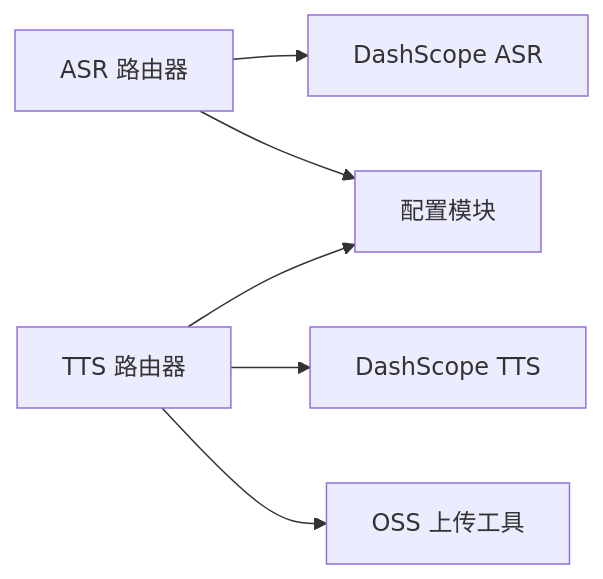
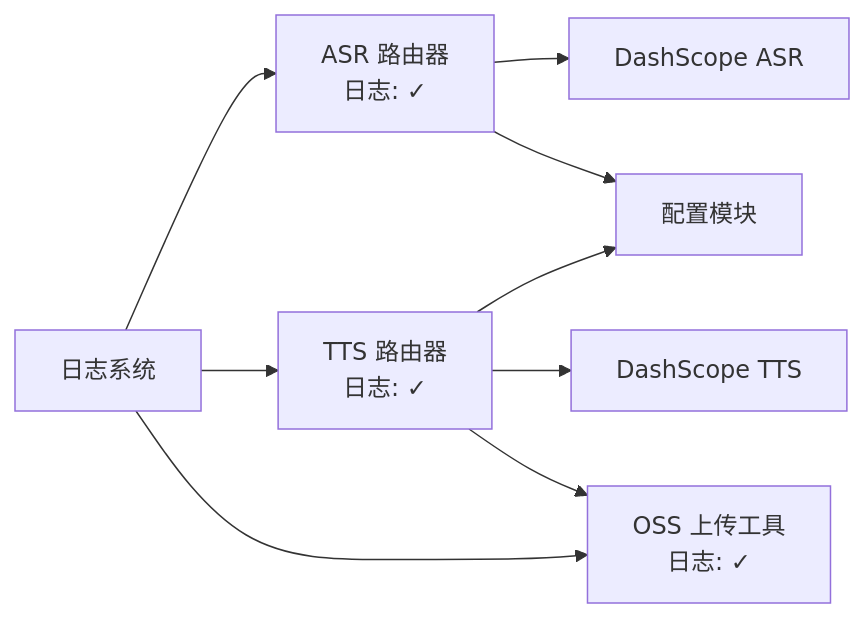
One commit to hbxfhrg/deer-flow changed the sixth of 6 diagrams in .qoder/repowiki/zh/content/架构设计/核心组件详解/网关 API/语音转文字路由器.md. Above: the diagram before and after it, drawn with Mermaid. The commit also changed other lines of this file and 18 other files, not shown here.

````diff
--- a/.qoder/repowiki/zh/content/架构设计/核心组件详解/网关 API/语音转文字路由器.md
+++ b/.qoder/repowiki/zh/content/架构设计/核心组件详解/网关 API/语音转文字路由器.md
@@ -234,8 +308,11 @@
 ```mermaid
 graph LR
-ASR["ASR 路由器"] --> DashScope["DashScope ASR"]
-TTS["TTS 路由器"] --> DashScopeTTS["DashScope TTS"]
-TTS --> OSS["OSS 上传工具"]
+ASR["ASR 路由器<br/>日志: ✓"] --> DashScope["DashScope ASR"]
+TTS["TTS 路由器<br/>日志: ✓"] --> DashScopeTTS["DashScope TTS"]
+TTS --> OSS["OSS 上传工具<br/>日志: ✓"]
 ASR --> Config["配置模块"]
 TTS --> Config
+Logger["日志系统"] --> ASR
+Logger --> TTS
+Logger --> OSS
 ```
````
